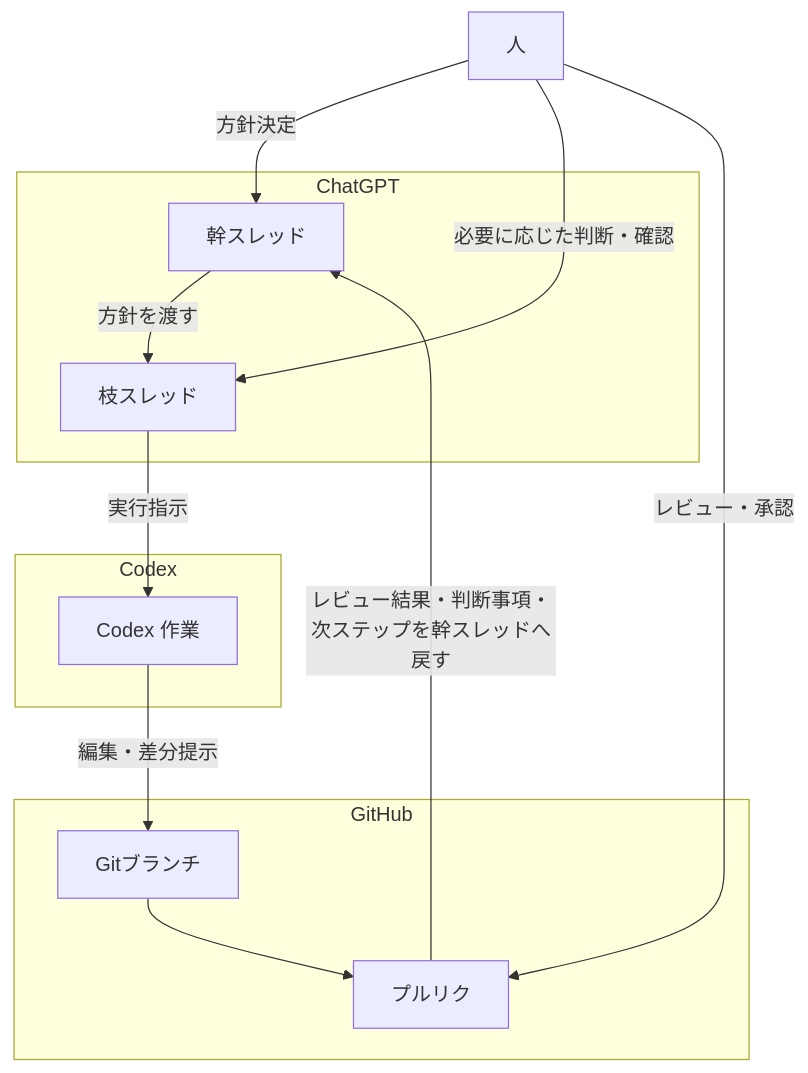
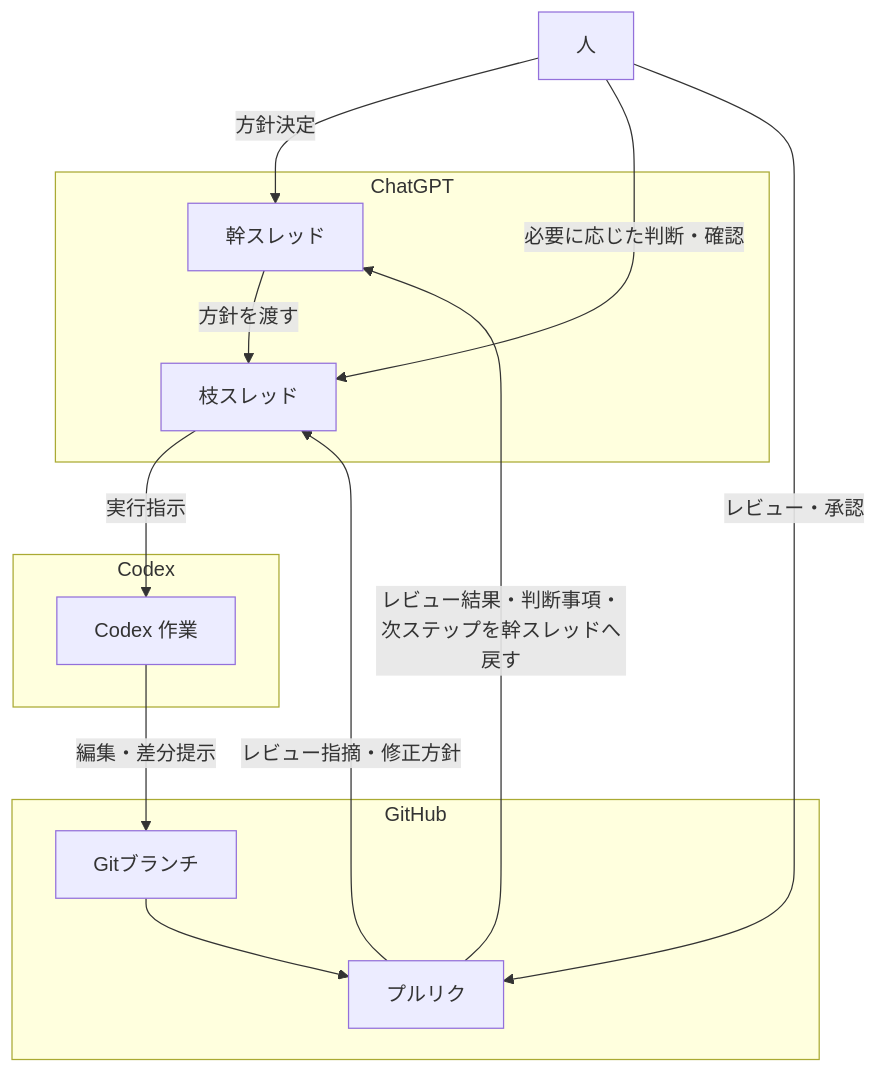
One commit to daisan-chan/chatgpt-codex-playbook changed the diagram in docs/diagrams/01_operating_model.md. Above: the diagram before and after it, drawn with Mermaid. The commit also changed other lines of this file, not shown here.

````diff
--- a/docs/diagrams/01_operating_model.md
+++ b/docs/diagrams/01_operating_model.md
@@ -5,28 +5,29 @@
 ```mermaid
 flowchart TB
     H[人]
 
     subgraph S1[ChatGPT]
         M[幹スレッド]
         B[枝スレッド]
     end
 
     subgraph S2[Codex]
         X[Codex 作業]
     end
 
     subgraph S3[GitHub]
         G[Gitブランチ]
         P[プルリク]
     end
 
     M -->|方針を渡す| B
     B -->|実行指示| X
     X -->|編集・差分提示| G
     G --> P
     P -->|レビュー結果・判断事項・次ステップを幹スレッドへ戻す| M
+    P -->|レビュー指摘・修正方針| B
 
     H -->|方針決定| M
     H -->|必要に応じた判断・確認| B
     H -->|レビュー・承認| P
 ```
````
